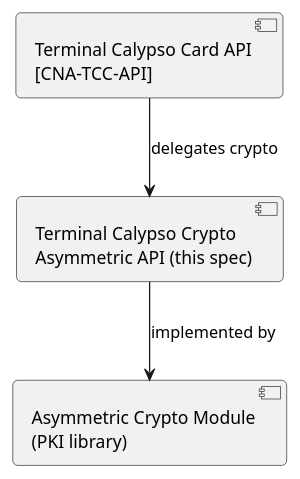
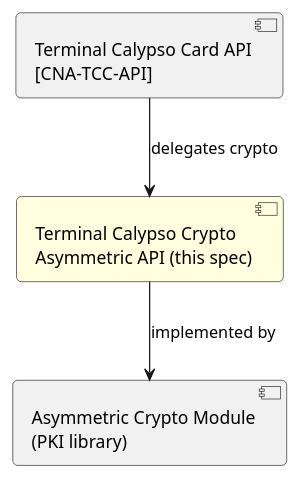
Before and after one commit to calypsonet/calypsonet-terminal-calypso-crypto-asymmetric-uml-api: the first of 2 diagrams in api_specification.adoc, drawn with PlantUML.

```diff
--- a/api_specification.adoc
+++ b/api_specification.adoc
@@ -248,14 +248,14 @@
 [plantuml, target=architecture-overview, format=svg]
 ....
 @startuml
 skinparam shadowing false
 skinparam roundCorner 8
 
 component "Terminal Calypso Card API\n[CNA-TCC-API]" as TCC
-component "Terminal Calypso Crypto\nAsymmetric API (this spec)" as TCCA
+component "Terminal Calypso Crypto\nAsymmetric API (this spec)" as TCCA #LightYellow
 component "Asymmetric Crypto Module\n(PKI library)" as Mod
 
 TCC --> TCCA : delegates crypto
 TCCA --> Mod : implemented by
 @enduml
 ....
```
